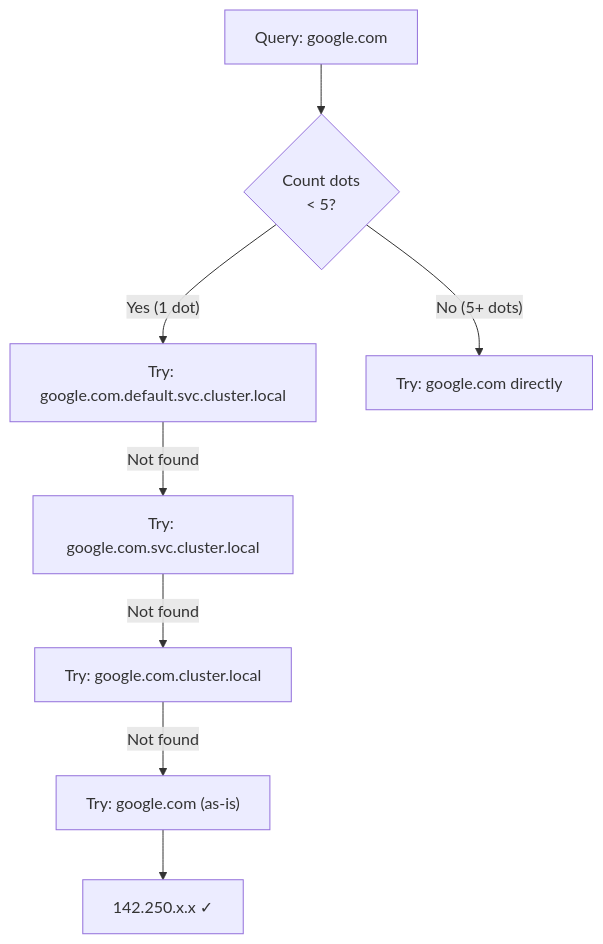
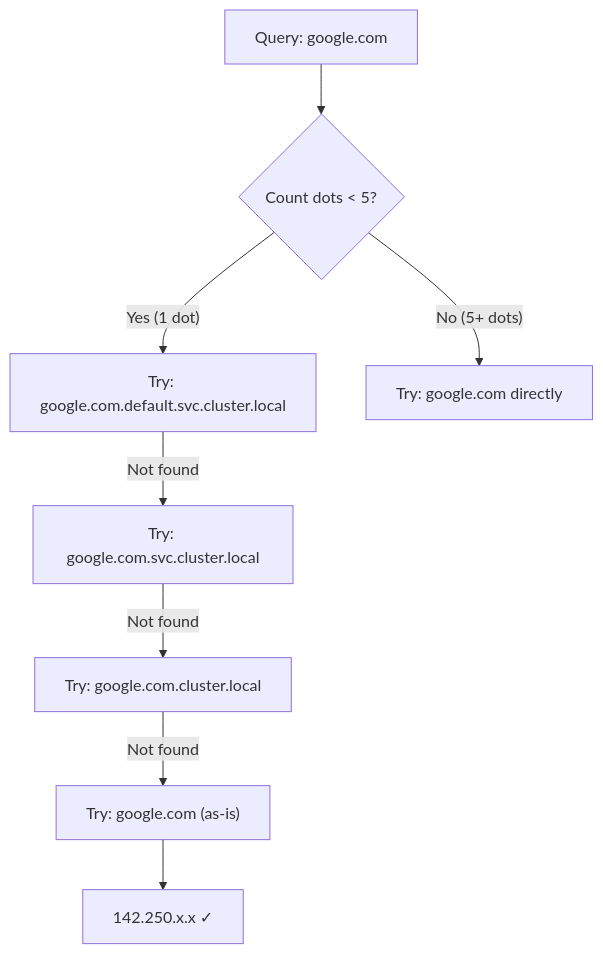
One commit to UncleJS/course_k3s changed the third of 3 diagrams in 04_networking/03_dns_coredns.md. Above: the diagram before and after it, drawn with Mermaid. The commit also changed other lines of this file and 57 other files, not shown here.

````diff
--- a/04_networking/03_dns_coredns.md
+++ b/04_networking/03_dns_coredns.md
@@ -262,10 +262,10 @@
 ```mermaid
 flowchart TD
-    Q["Query: google.com"] --> DOTS{Count dots\n< 5?}
+    Q["Query: google.com"] --> DOTS{Count dots < 5?}
     DOTS -->|"Yes (1 dot)"| S1["Try: google.com.default.svc.cluster.local"]
     S1 -->|"Not found"| S2["Try: google.com.svc.cluster.local"]
     S2 -->|"Not found"| S3["Try: google.com.cluster.local"]
     S3 -->|"Not found"| S4["Try: google.com (as-is)"]
     S4 --> FOUND["142.250.x.x ✓"]
     DOTS -->|"No (5+ dots)"| DIRECT["Try: google.com directly"]
 ```
````
